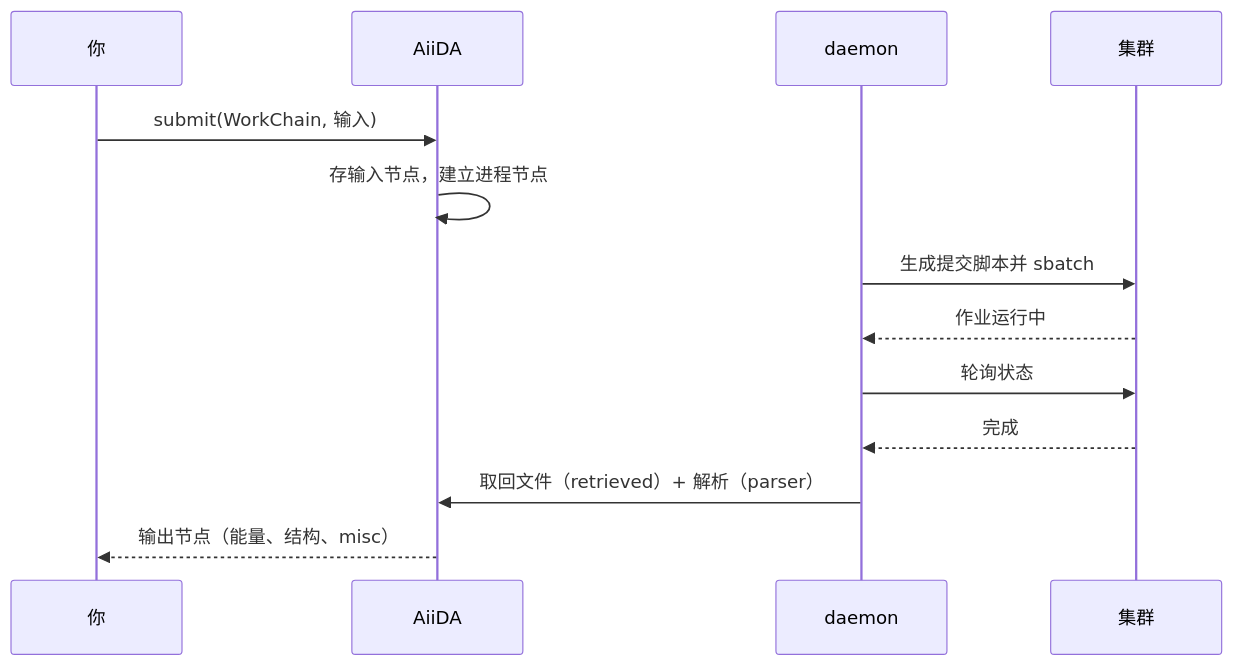
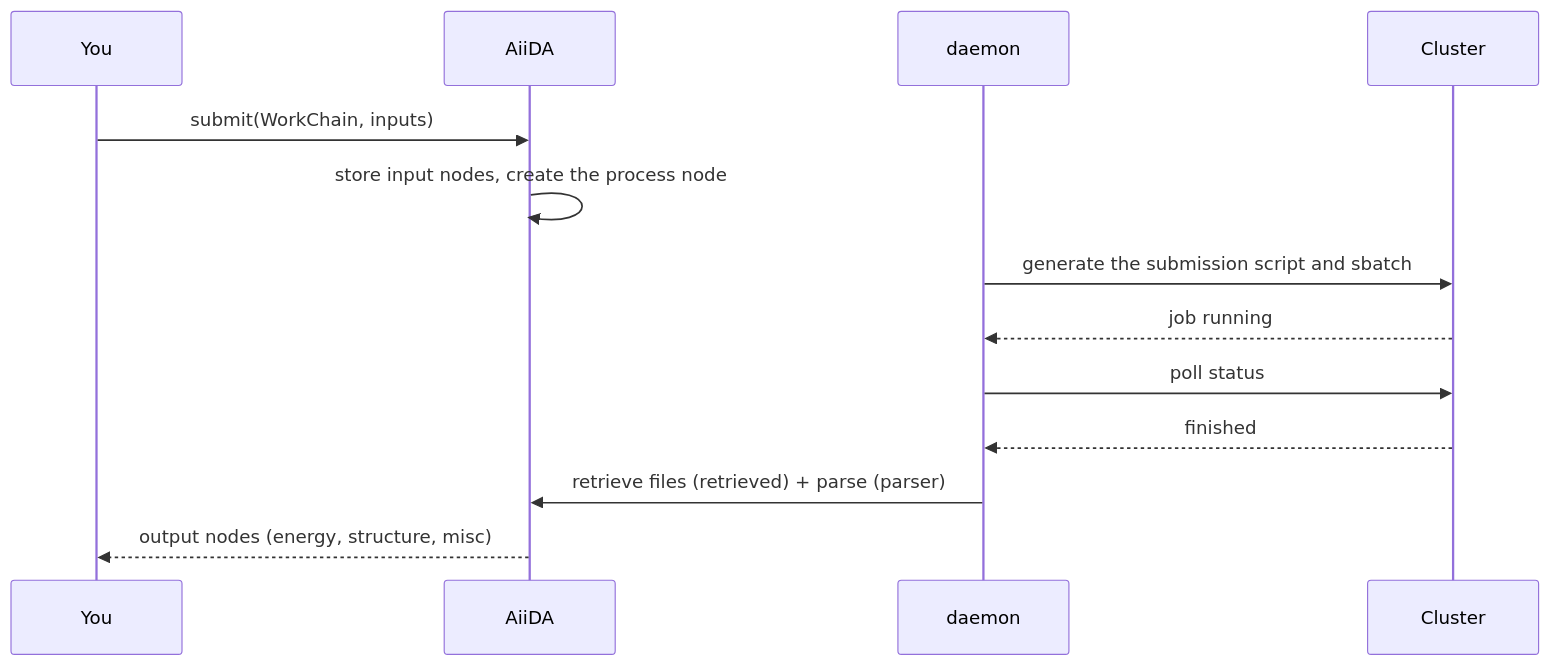
Before and after one commit to stillfast/aiida-skill: the second of 2 diagrams in SUMMARY.md, drawn with Mermaid. The commit also changed other lines of this file and 20 other files, not shown here.

````diff
--- a/SUMMARY.md
+++ b/SUMMARY.md
@@ -60,15 +60,15 @@
 ```mermaid
 sequenceDiagram
-    participant U as 你
+    participant U as You
     participant A as AiiDA
     participant D as daemon
-    participant S as 集群
-    U->>A: submit(WorkChain, 输入)
-    A->>A: 存输入节点，建立进程节点
-    D->>S: 生成提交脚本并 sbatch
-    S-->>D: 作业运行中
-    D->>S: 轮询状态
-    S-->>D: 完成
-    D->>A: 取回文件（retrieved）+ 解析（parser）
-    A-->>U: 输出节点（能量、结构、misc）
+    participant S as Cluster
+    U->>A: submit(WorkChain, inputs)
+    A->>A: store input nodes, create the process node
+    D->>S: generate the submission script and sbatch
+    S-->>D: job running
+    D->>S: poll status
+    S-->>D: finished
+    D->>A: retrieve files (retrieved) + parse (parser)
+    A-->>U: output nodes (energy, structure, misc)
 ```
````
